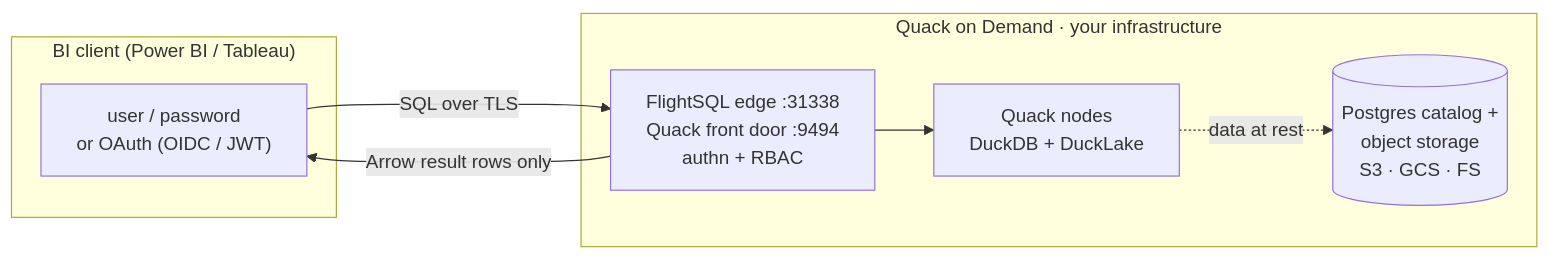
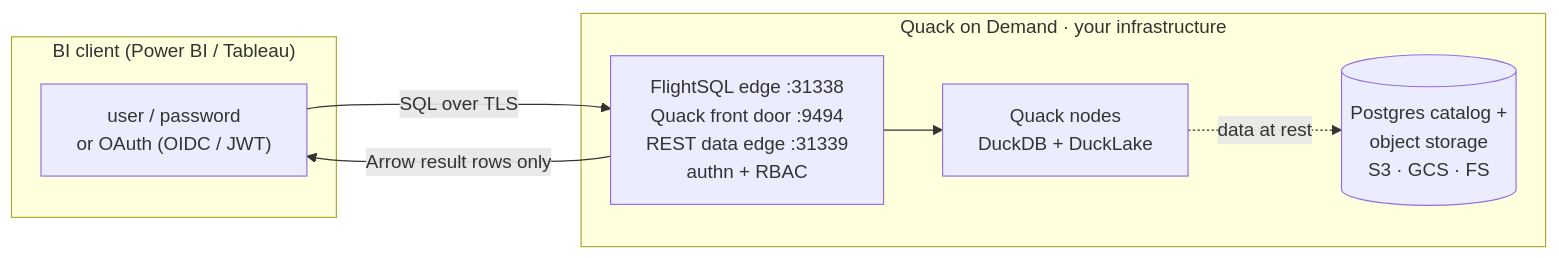
Before and after one commit to tacchinia/quack-on-demand: the diagram in README.md, drawn with Mermaid. The commit also changed other lines of this file and 2 other files, not shown here.

First line of the commit message:
docs(rest): README, CLAUDE.md and CHANGELOG

````diff
--- a/README.md
+++ b/README.md
@@ -299,17 +314,17 @@
 ```mermaid
 flowchart LR
     subgraph client["BI client (Power BI / Tableau)"]
         bi["user / password<br/>or OAuth (OIDC / JWT)"]
     end
 
     subgraph server["Quack on Demand · your infrastructure"]
-        edge["FlightSQL edge :31338<br/>Quack front door :9494<br/>authn + RBAC"]
+        edge["FlightSQL edge :31338<br/>Quack front door :9494<br/>REST data edge :31339<br/>authn + RBAC"]
         node["Quack nodes<br/>DuckDB + DuckLake"]
         store[("Postgres catalog +<br/>object storage<br/>S3 · GCS · FS")]
         edge --> node
         node -. data at rest .-> store
     end
 
     bi -- "SQL over TLS" --> edge
     edge -- "Arrow result rows only" --> bi
 ```
````
